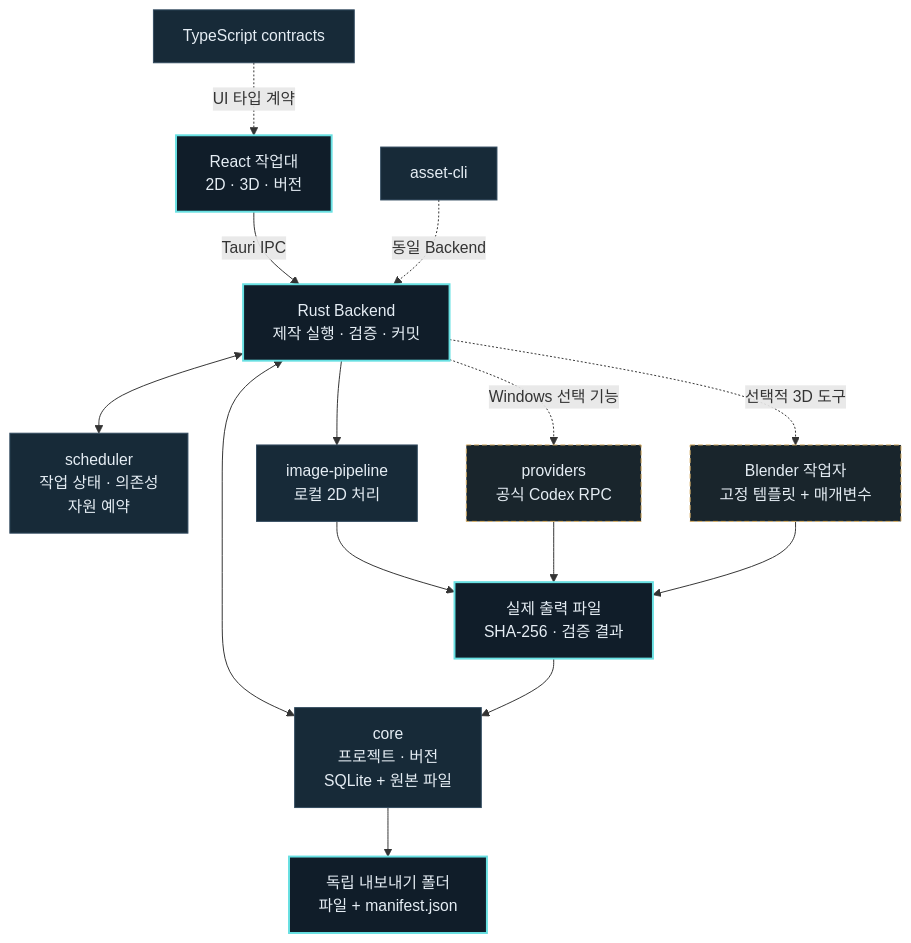
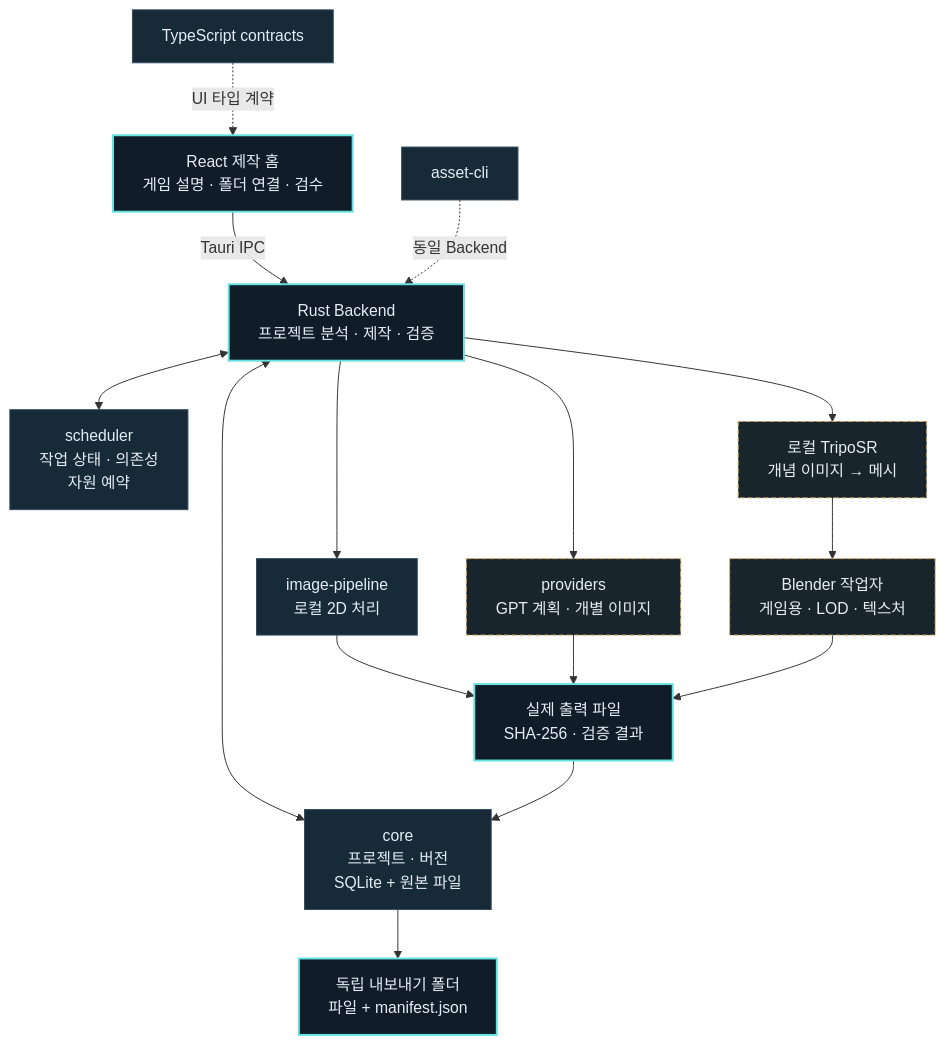
One commit to oocheol/masset changed the diagram in README.md. Above: the diagram before and after it, drawn with Mermaid. The commit also changed other lines of this file and 1 other file, not shown here.

````diff
--- a/README.md
+++ b/README.md
@@ -140,22 +148,23 @@
 ```mermaid
 flowchart TD
-  UI["React 작업대<br/>2D · 3D · 버전"] -->|"Tauri IPC"| B["Rust Backend<br/>제작 실행 · 검증 · 커밋"]
+  UI["React 제작 홈<br/>게임 설명 · 폴더 연결 · 검수"] -->|"Tauri IPC"| B["Rust Backend<br/>프로젝트 분석 · 제작 · 검증"]
   C["TypeScript contracts"] -. "UI 타입 계약" .-> UI
   CLI["asset-cli"] -. "동일 Backend" .-> B
   B <--> Q["scheduler<br/>작업 상태 · 의존성<br/>자원 예약"]
   B <--> P["core<br/>프로젝트 · 버전<br/>SQLite + 원본 파일"]
   B --> I["image-pipeline<br/>로컬 2D 처리"]
-  B -. "Windows 선택 기능" .-> R["providers<br/>공식 Codex RPC"]
-  B -. "선택적 3D 도구" .-> W["Blender 작업자<br/>고정 템플릿 + 매개변수"]
+  B --> R["providers<br/>GPT 계획 · 개별 이미지"]
+  B --> T["로컬 TripoSR<br/>개념 이미지 → 메시"]
+  T --> W["Blender 작업자<br/>게임용 · LOD · 텍스처"]
   I --> F["실제 출력 파일<br/>SHA-256 · 검증 결과"]
   R --> F
   W --> F
   F --> P
   P --> E["독립 내보내기 폴더<br/>파일 + manifest.json"]
   classDef accent fill:#101d29,stroke:#68e0e2,color:#e5edf4,stroke-width:2px;
   classDef module fill:#172a38,stroke:#334c60,color:#e5edf4;
   classDef optional fill:#19252c,stroke:#d8af64,color:#e5edf4,stroke-dasharray:5 3;
   class UI,B,F,E accent;
   class C,CLI,Q,P,I module;
-  class R,W optional;
+  class R,T,W optional;
 ```
````
